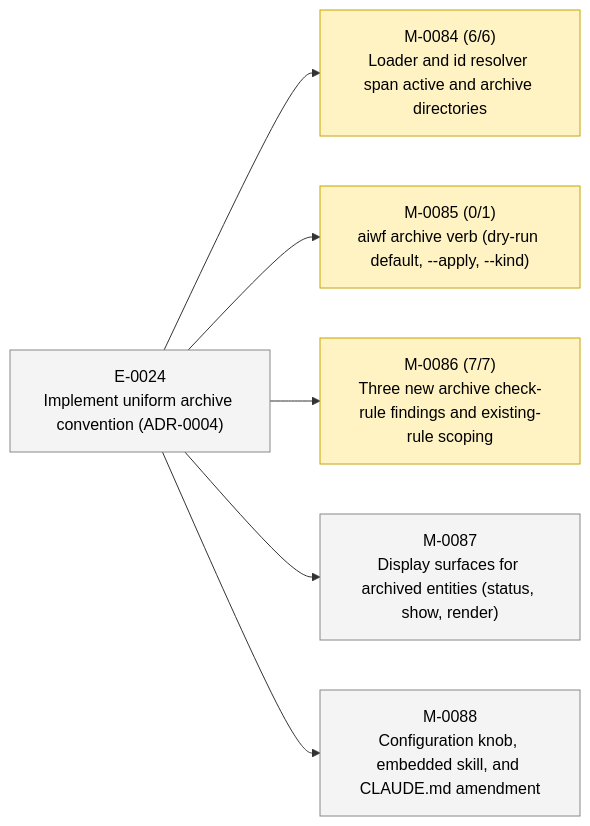
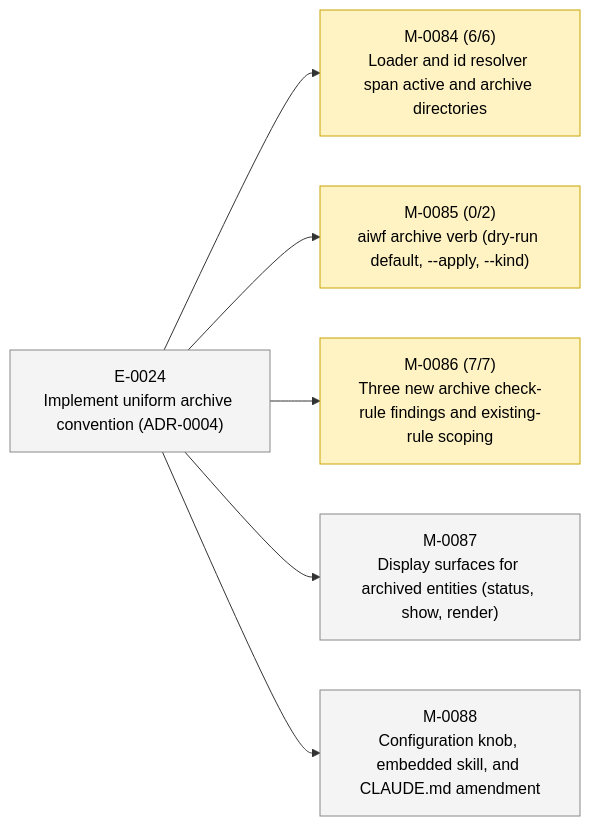
Before and after one commit to 23min/aiwf: the second of 2 diagrams in STATUS.md, drawn with Mermaid. The commit also changed other lines of this file and 1 other file, not shown here.

First line of the commit message:
aiwf add ac M-0085/AC-2 "aiwf archive --apply --kind gap scopes the sweep to one kind only"

````diff
--- a/STATUS.md
+++ b/STATUS.md
@@ -49,20 +49,20 @@
 ```mermaid
 flowchart LR
   E_0024["E-0024<br/>Implement uniform archive convention (ADR-0004)"]:::epic_proposed
   M_0084["M-0084 (6/6)<br/>Loader and id resolver span active and archive directories"]:::ms_in_progress
   E_0024 --> M_0084
-  M_0085["M-0085 (0/1)<br/>aiwf archive verb (dry-run default, --apply, --kind)"]:::ms_in_progress
+  M_0085["M-0085 (0/2)<br/>aiwf archive verb (dry-run default, --apply, --kind)"]:::ms_in_progress
   E_0024 --> M_0085
   M_0086["M-0086 (7/7)<br/>Three new archive check-rule findings and existing-rule scoping"]:::ms_in_progress
   E_0024 --> M_0086
   M_0087["M-0087<br/>Display surfaces for archived entities (status, show, render)"]:::ms_draft
   E_0024 --> M_0087
   M_0088["M-0088<br/>Configuration knob, embedded skill, and CLAUDE.md amendment"]:::ms_draft
   E_0024 --> M_0088
   classDef epic_active fill:#d6eaff,stroke:#1a73e8,color:#000
   classDef epic_proposed fill:#f4f4f4,stroke:#888,color:#000
   classDef ms_done fill:#d8f5d8,stroke:#2a8a2a,color:#000
   classDef ms_in_progress fill:#fff3c4,stroke:#caa400,color:#000
   classDef ms_draft fill:#f4f4f4,stroke:#888,color:#000
   classDef ms_cancelled fill:#fbeaea,stroke:#c33,color:#000
 ```
````
